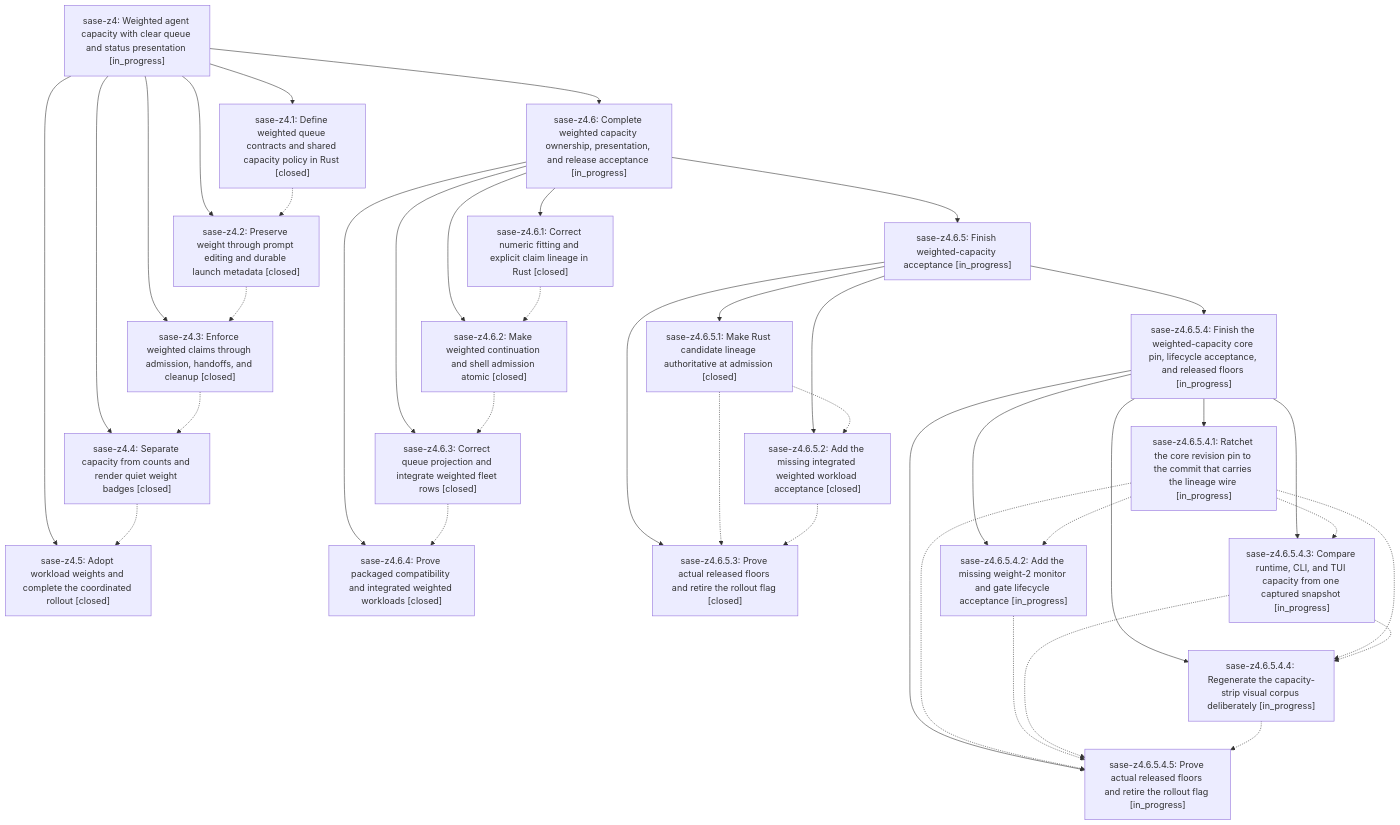
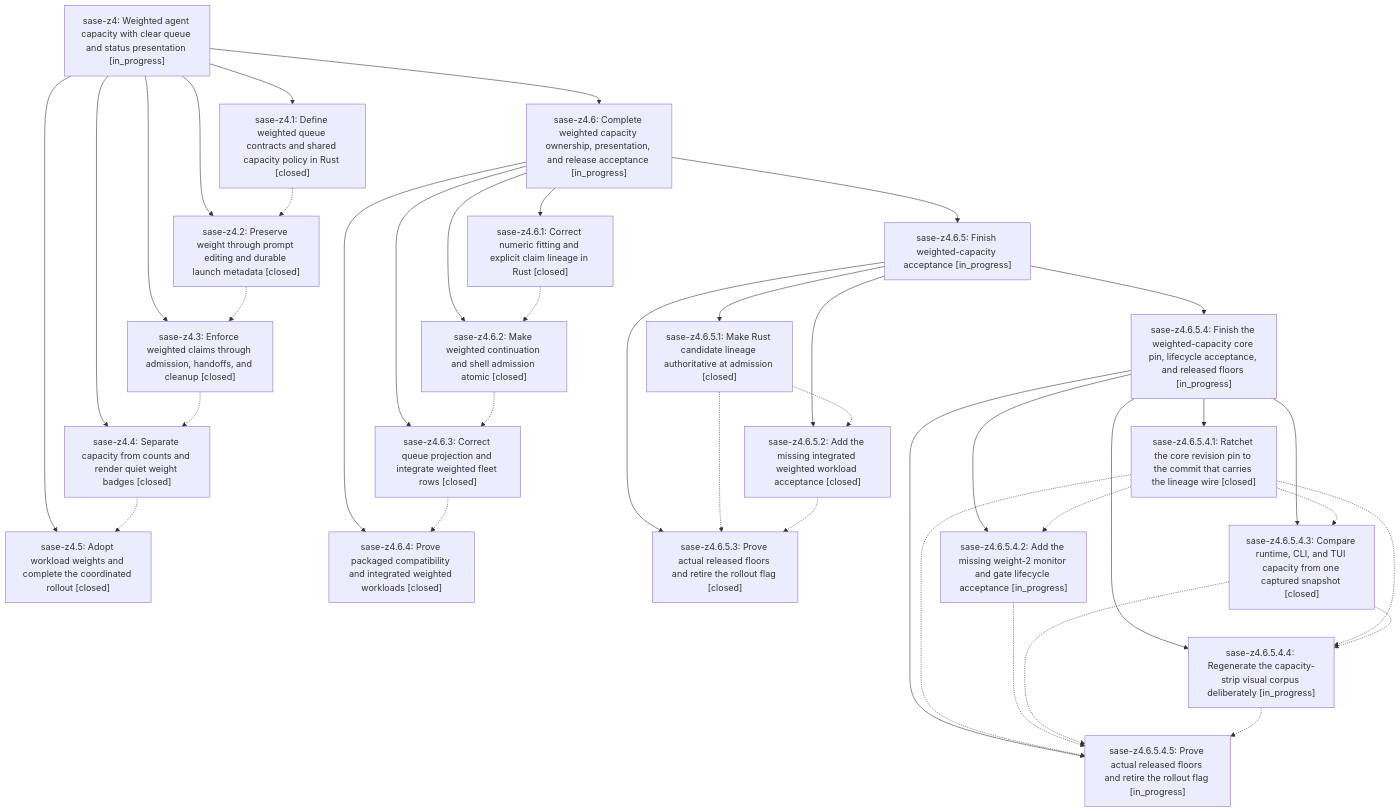
One commit to sase-org/sase--beads changed the diagram in pages/sase-z4/README.md. Above: the diagram before and after it, drawn with Mermaid. The commit also changed other lines of this file and 6 other files, not shown here.

````diff
--- a/pages/sase-z4/README.md
+++ b/pages/sase-z4/README.md
@@ -47,62 +47,62 @@
 ```mermaid
 flowchart TD
     n0["sase-z4: Weighted agent capacity with clear queue and status presentation [in_progress]"]
     n1["sase-z4.1: Define weighted queue contracts and shared capacity policy in Rust [closed]"]
     n2["sase-z4.2: Preserve weight through prompt editing and durable launch metadata [closed]"]
     n3["sase-z4.3: Enforce weighted claims through admission, handoffs, and cleanup [closed]"]
     n4["sase-z4.4: Separate capacity from counts and render quiet weight badges [closed]"]
     n5["sase-z4.5: Adopt workload weights and complete the coordinated rollout [closed]"]
     n6["sase-z4.6: Complete weighted capacity ownership, presentation, and release acceptance [in_progress]"]
     n7["sase-z4.6.1: Correct numeric fitting and explicit claim lineage in Rust [closed]"]
     n8["sase-z4.6.2: Make weighted continuation and shell admission atomic [closed]"]
     n9["sase-z4.6.3: Correct queue projection and integrate weighted fleet rows [closed]"]
     n10["sase-z4.6.4: Prove packaged compatibility and integrated weighted workloads [closed]"]
     n11["sase-z4.6.5: Finish weighted-capacity acceptance [in_progress]"]
     n12["sase-z4.6.5.1: Make Rust candidate lineage authoritative at admission [closed]"]
     n13["sase-z4.6.5.2: Add the missing integrated weighted workload acceptance [closed]"]
     n14["sase-z4.6.5.3: Prove actual released floors and retire the rollout flag [closed]"]
     n15["sase-z4.6.5.4: Finish the weighted-capacity core pin, lifecycle acceptance, and released floors [in_progress]"]
-    n16["sase-z4.6.5.4.1: Ratchet the core revision pin to the commit that carries the lineage wire [in_progress]"]
+    n16["sase-z4.6.5.4.1: Ratchet the core revision pin to the commit that carries the lineage wire [closed]"]
     n17["sase-z4.6.5.4.2: Add the missing weight-2 monitor and gate lifecycle acceptance [in_progress]"]
-    n18["sase-z4.6.5.4.3: Compare runtime, CLI, and TUI capacity from one captured snapshot [in_progress]"]
+    n18["sase-z4.6.5.4.3: Compare runtime, CLI, and TUI capacity from one captured snapshot [closed]"]
     n19["sase-z4.6.5.4.4: Regenerate the capacity-strip visual corpus deliberately [in_progress]"]
     n20["sase-z4.6.5.4.5: Prove actual released floors and retire the rollout flag [in_progress]"]
     n0 --> n1
     n0 --> n2
     n0 --> n3
     n0 --> n4
     n0 --> n5
     n0 --> n6
     n6 --> n7
     n6 --> n8
     n6 --> n9
     n6 --> n10
     n6 --> n11
     n11 --> n12
     n11 --> n13
     n11 --> n14
     n11 --> n15
     n15 --> n16
     n15 --> n17
     n15 --> n18
     n15 --> n19
     n15 --> n20
     n1 -.-> n2
     n2 -.-> n3
     n3 -.-> n4
     n4 -.-> n5
     n7 -.-> n8
     n8 -.-> n9
     n9 -.-> n10
     n12 -.-> n13
     n12 -.-> n14
     n13 -.-> n14
     n16 -.-> n17
     n16 -.-> n18
     n16 -.-> n19
     n16 -.-> n20
     n17 -.-> n20
     n18 -.-> n19
     n18 -.-> n20
     n19 -.-> n20
 ```
````
